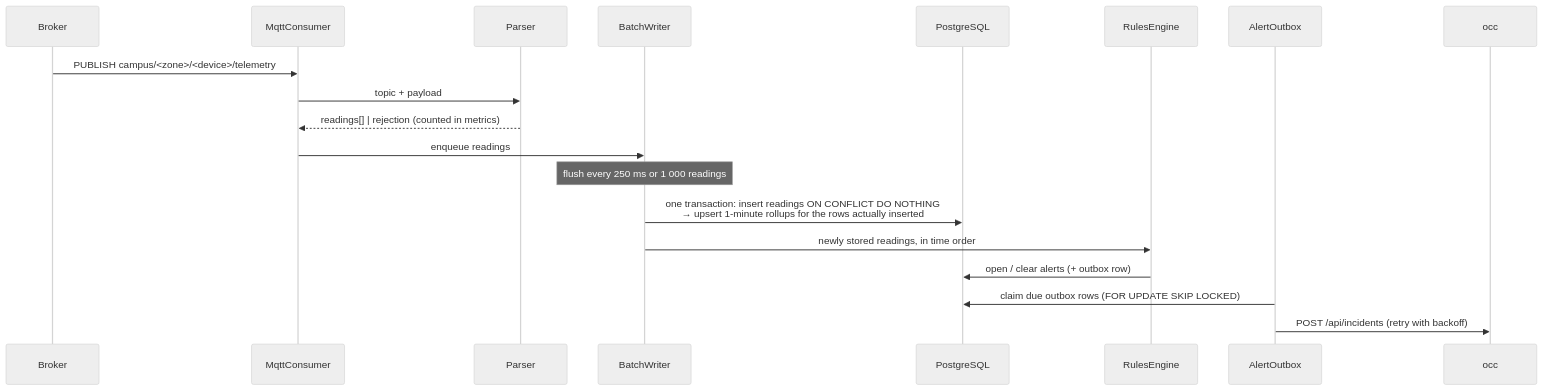
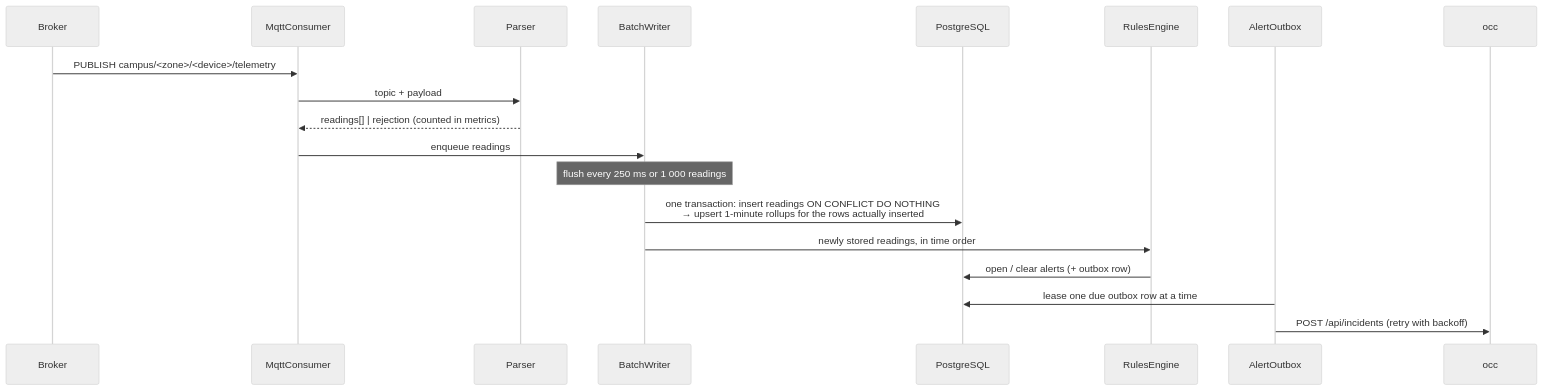
One commit to truongtankhanh/iot-telemetry-pipeline changed the second of 2 diagrams in docs/architecture.md. Above: the diagram before and after it, drawn with Mermaid (neutral theme). The commit also changed other lines of this file and 26 other files, not shown here.

````diff
--- a/docs/architecture.md
+++ b/docs/architecture.md
@@ -46,21 +46,21 @@
 ```mermaid
 sequenceDiagram
   participant B as Broker
   participant C as MqttConsumer
   participant P as Parser
   participant W as BatchWriter
   participant DB as PostgreSQL
   participant R as RulesEngine
   participant O as AlertOutbox
 
   B->>C: PUBLISH campus/<zone>/<device>/telemetry
   C->>P: topic + payload
   P-->>C: readings[] | rejection (counted in metrics)
   C->>W: enqueue readings
   Note over W: flush every 250 ms or 1 000 readings
   W->>DB: one transaction: insert readings ON CONFLICT DO NOTHING<br/>→ upsert 1-minute rollups for the rows actually inserted
   W->>R: newly stored readings, in time order
   R->>DB: open / clear alerts (+ outbox row)
-  O->>DB: claim due outbox rows (FOR UPDATE SKIP LOCKED)
+  O->>DB: lease one due outbox row at a time
   O->>occ: POST /api/incidents (retry with backoff)
 ```
````
